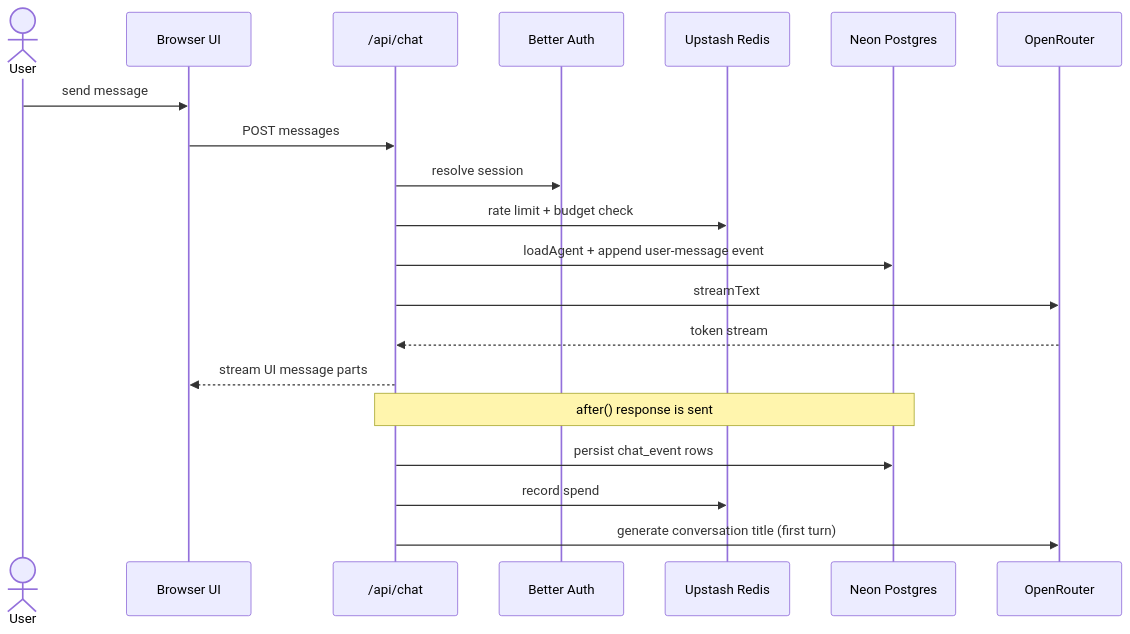
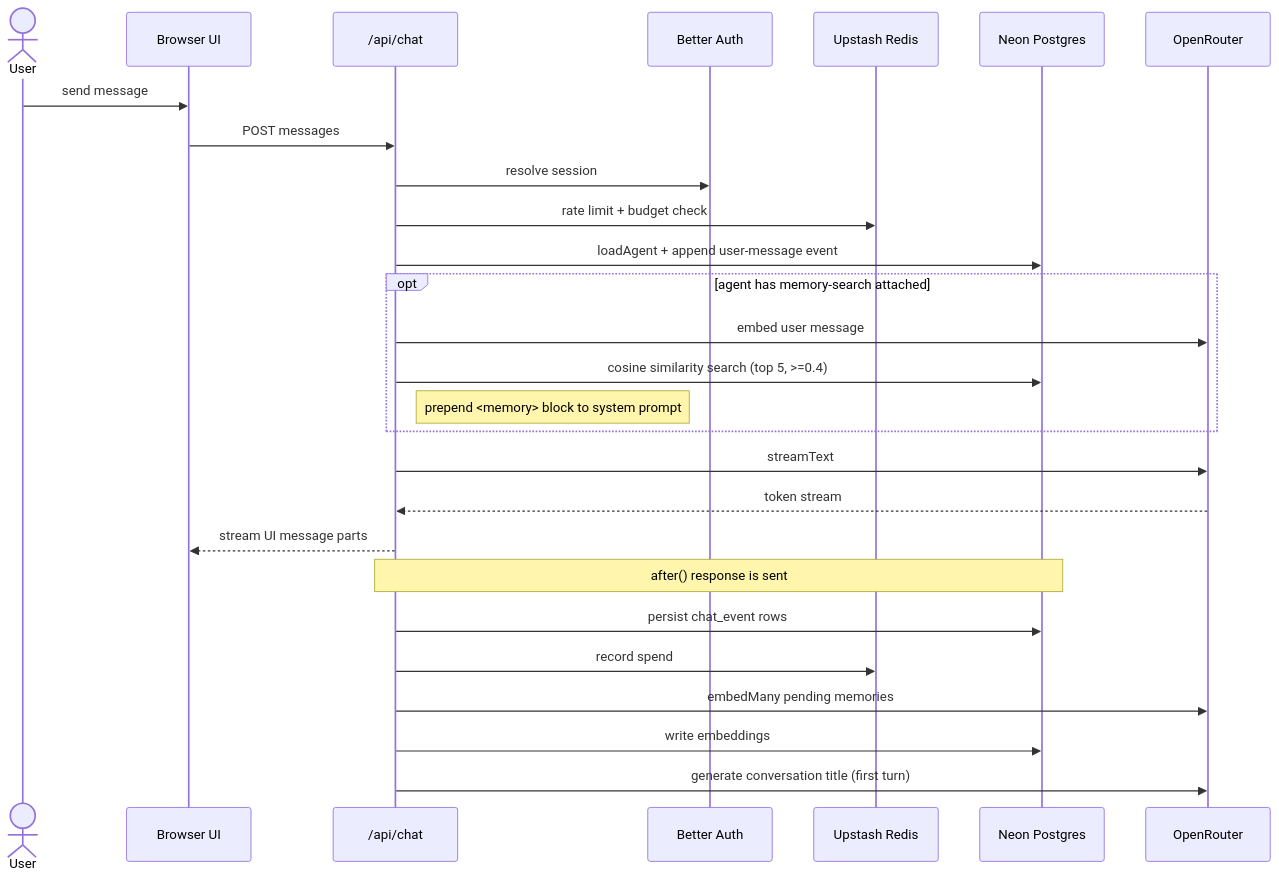
Before and after one commit to jimmy-guzman/comal.dev: the second of 5 diagrams in ARCHITECTURE.md, drawn with Mermaid. The commit also changed other lines of this file and 28 other files, not shown here.

Commit message:
feat: ✨ add persistent user memory (#177)

````diff
--- a/ARCHITECTURE.md
+++ b/ARCHITECTURE.md
@@ -30,23 +30,30 @@
 ```mermaid
 sequenceDiagram
   actor User
   participant UI as Browser UI
   participant API as /api/chat
   participant Auth as Better Auth
   participant Redis as Upstash Redis
   participant DB as Neon Postgres
   participant LLM as OpenRouter
 
   User->>UI: send message
   UI->>API: POST messages
   API->>Auth: resolve session
   API->>Redis: rate limit + budget check
   API->>DB: loadAgent + append user-message event
+  opt agent has memory-search attached
+    API->>LLM: embed user message
+    API->>DB: cosine similarity search (top 5, >=0.4)
+    Note right of API: prepend <memory> block to system prompt
+  end
   API->>LLM: streamText
   LLM-->>API: token stream
   API-->>UI: stream UI message parts
   Note over API,DB: after() response is sent
   API->>DB: persist chat_event rows
   API->>Redis: record spend
+  API->>LLM: embedMany pending memories
+  API->>DB: write embeddings
   API->>LLM: generate conversation title (first turn)
 ```
````
